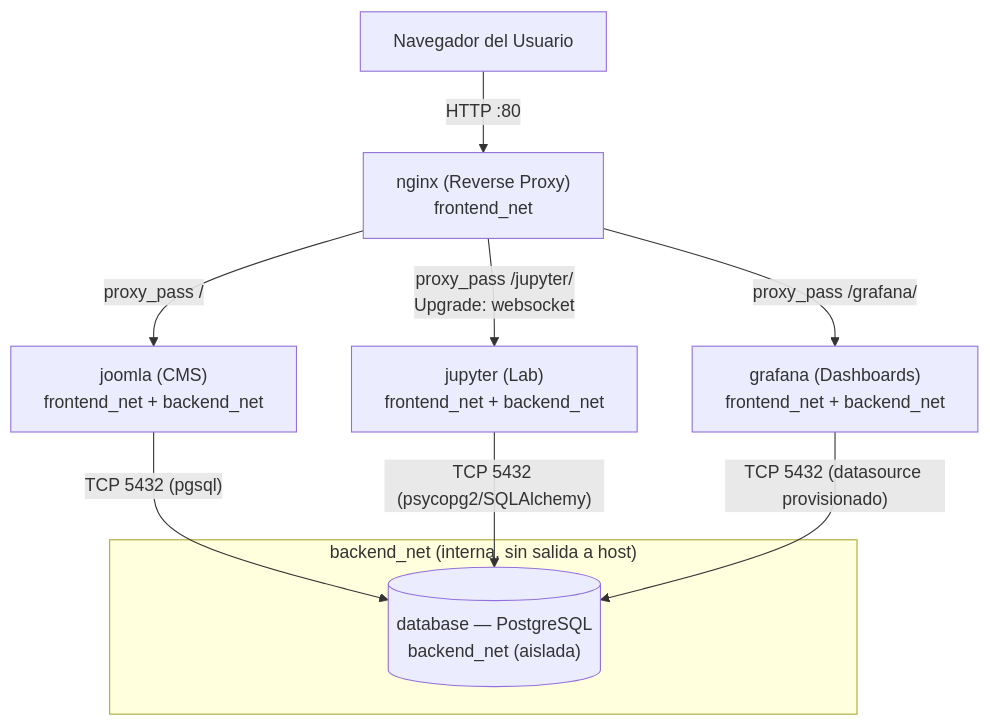
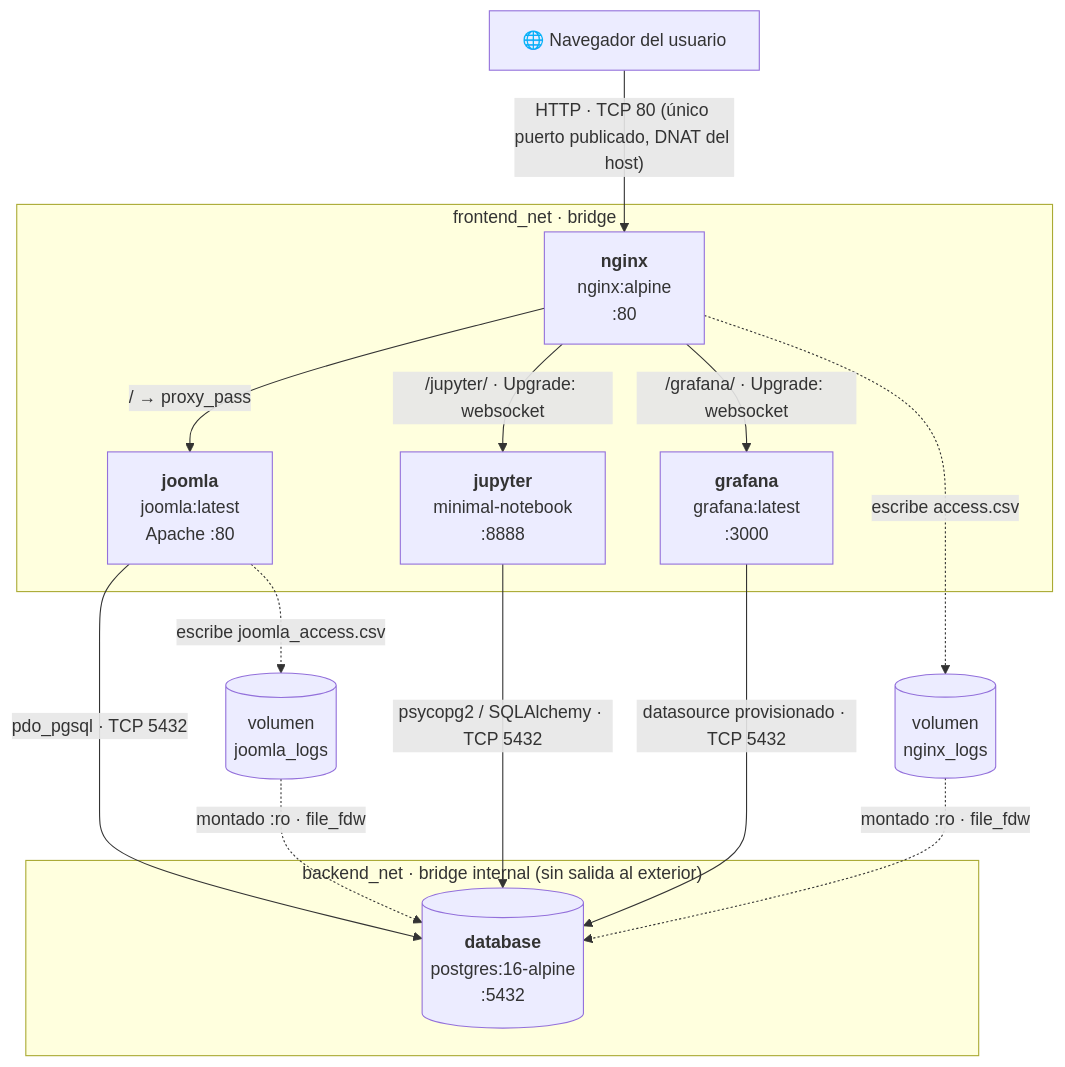
Before and after one commit to juan-swxs/parcial-redes-comunicaciones: the diagram in INFORME.md, drawn with Mermaid. The commit also changed other lines of this file and 19 other files, not shown here.

First line of the commit message:
Logs de Nginx/Joomla hacia Grafana vía file_fdw, dashboards rediseñados y cuaderno reorganizado

````diff
--- a/INFORME.md
+++ b/INFORME.md
@@ -11,16 +11,28 @@
 ```mermaid
-flowchart TD
-    U["Navegador del Usuario"] -->|"HTTP :80"| N["nginx (Reverse Proxy)<br/>frontend_net"]
+flowchart TB
+    U["🌐 Navegador del usuario"] -->|"HTTP · TCP 80 (único puerto publicado, DNAT del host)"| N
 
-    N -->|"proxy_pass /"| J["joomla (CMS)<br/>frontend_net + backend_net"]
-    N -->|"proxy_pass /jupyter/<br/>Upgrade: websocket"| JP["jupyter (Lab)<br/>frontend_net + backend_net"]
-    N -->|"proxy_pass /grafana/"| G["grafana (Dashboards)<br/>frontend_net + backend_net"]
+    subgraph FE["frontend_net · bridge"]
+        N["<b>nginx</b><br/>nginx:alpine<br/>:80"]
+        J["<b>joomla</b><br/>joomla:latest<br/>Apache :80"]
+        JP["<b>jupyter</b><br/>minimal-notebook<br/>:8888"]
+        G["<b>grafana</b><br/>grafana:latest<br/>:3000"]
+    end
 
-    J -->|"TCP 5432 (pgsql)"| DB[("database — PostgreSQL<br/>backend_net (aislada)")]
-    JP -->|"TCP 5432 (psycopg2/SQLAlchemy)"| DB
-    G -->|"TCP 5432 (datasource provisionado)"| DB
+    subgraph BE["backend_net · bridge internal (sin salida al exterior)"]
+        DB[("<b>database</b><br/>postgres:16-alpine<br/>:5432")]
+    end
 
-    subgraph backend_net [" backend_net (interna, sin salida a host) "]
-        DB
-    end
+    N -->|"/  → proxy_pass"| J
+    N -->|"/jupyter/ · Upgrade: websocket"| JP
+    N -->|"/grafana/ · Upgrade: websocket"| G
+
+    J -->|"pdo_pgsql · TCP 5432"| DB
+    JP -->|"psycopg2 / SQLAlchemy · TCP 5432"| DB
+    G -->|"datasource provisionado · TCP 5432"| DB
+
+    N -. "escribe access.csv" .-> VN[("volumen<br/>nginx_logs")]
+    J -. "escribe joomla_access.csv" .-> VJ[("volumen<br/>joomla_logs")]
+    VN -. "montado :ro · file_fdw" .-> DB
+    VJ -. "montado :ro · file_fdw" .-> DB
 ```
````
